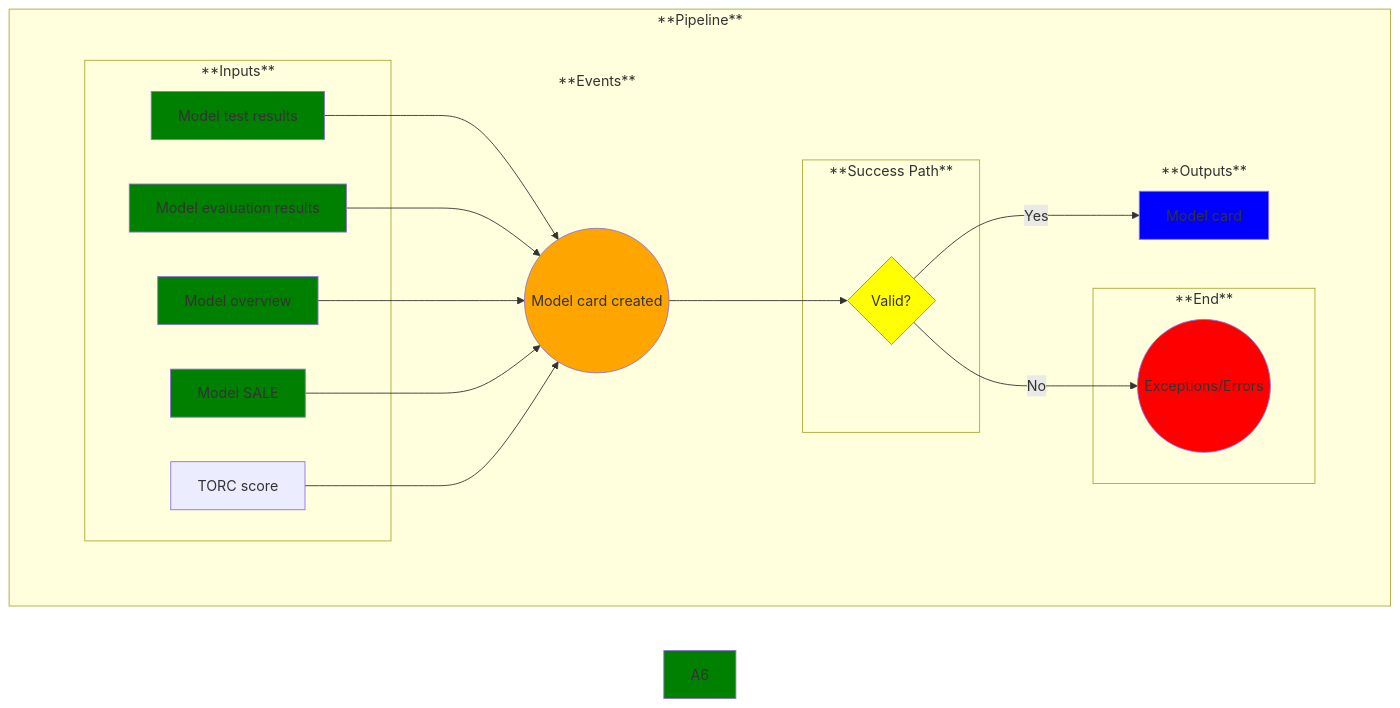
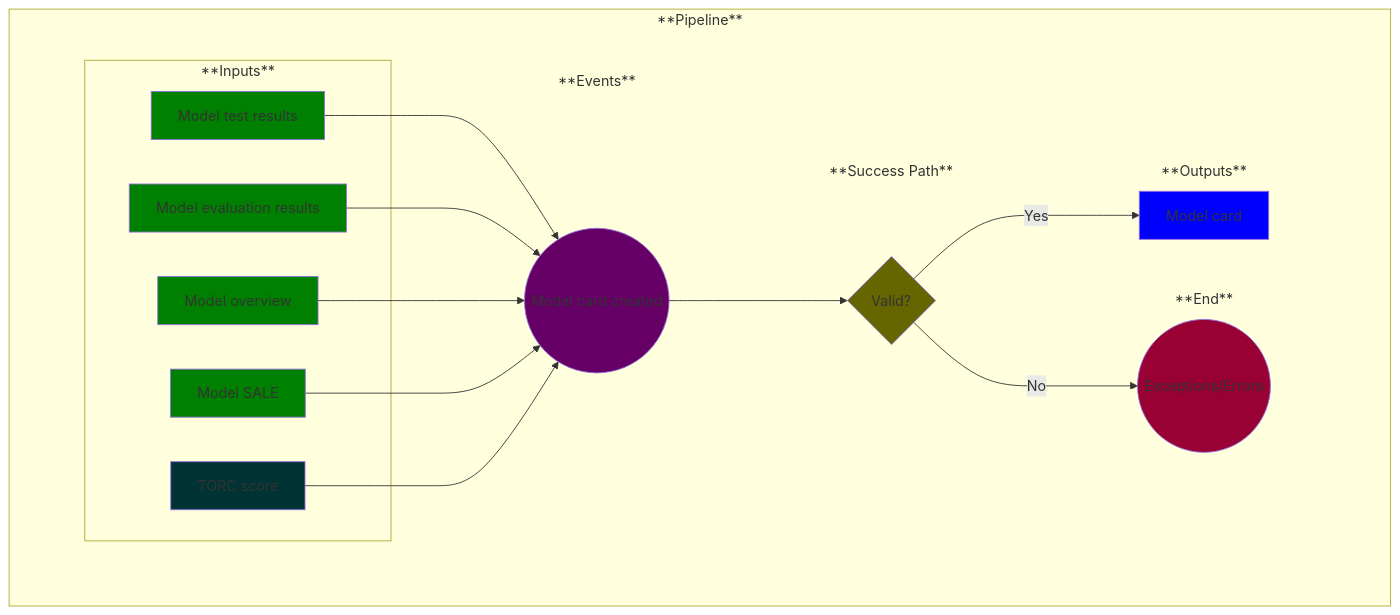
One commit to MLOps-OpenAPI/arch-diagrams changed the diagram in use-cases/15-model-card-created.md. Above: the diagram before and after it, drawn with Mermaid. The commit also changed 5 other files, not shown here.

````diff
--- a/use-cases/15-model-card-created.md
+++ b/use-cases/15-model-card-created.md
@@ -86,16 +86,16 @@
     style A4 fill:green
 
     A5[TORC score]
-    style A6 fill:green
+    style A5 fill:#003333
 
     B((Model card created))
-    style B fill:orange
+    style B fill:#660066
 
     C{Valid?}
-    style C fill:yellow
+    style C fill:#666600
 
     D((Exceptions/Errors))
-    style D fill:red
+    style D fill:#990033
 
     E[Model card]
     style E fill:blue
@@ -104,6 +104,8 @@
     style invisibleSpace stroke-width:0
     style Inputs stroke-width:0
     style Events stroke-width:0
+    style End stroke-width:0
+    style Success stroke-width:0
     style Outputs stroke-width:0
 
 ```
````
